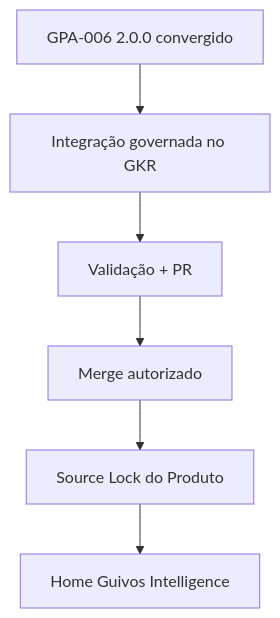
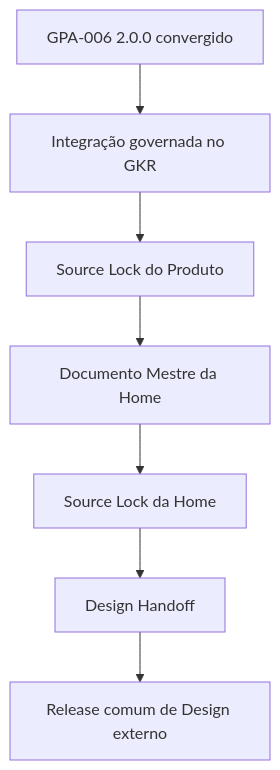
One commit to guivos-repositorio/Guivos-Knowledge-Repository changed diagram 21 of 21 in docs/product-architecture/intelligence.md. Above: the diagram before and after it, drawn with Mermaid. The commit also changed other lines of this file, not shown here.

Commit message:
GKR: reconcile GPA-006 with released Intelligence Home design state

````diff
--- a/docs/product-architecture/intelligence.md
+++ b/docs/product-architecture/intelligence.md
@@ -1655,11 +1673,12 @@
 ```mermaid
 flowchart TD
     A[GPA-006 2.0.0 convergido]
     B[Integração governada no GKR]
-    C[Validação + PR]
-    D[Merge autorizado]
-    E[Source Lock do Produto]
-    F[Home Guivos Intelligence]
+    C[Source Lock do Produto]
+    D[Documento Mestre da Home]
+    E[Source Lock da Home]
+    F[Design Handoff]
+    G[Release comum de Design externo]
 
-    A --> B --> C --> D --> E --> F
+    A --> B --> C --> D --> E --> F --> G
 ```
````
